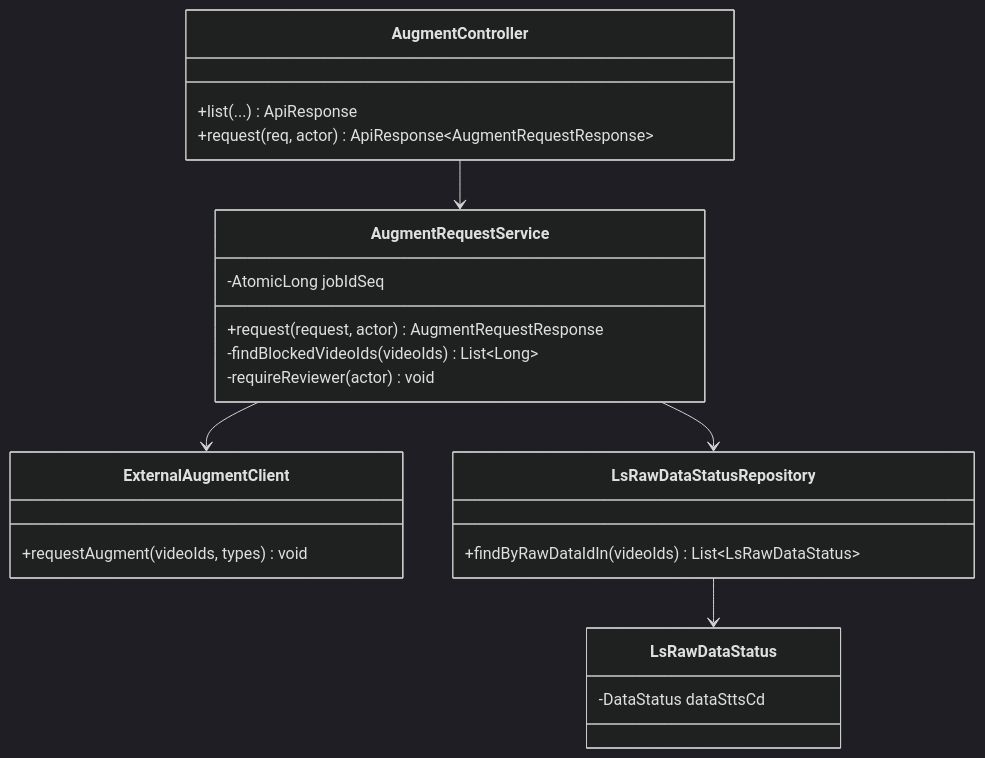
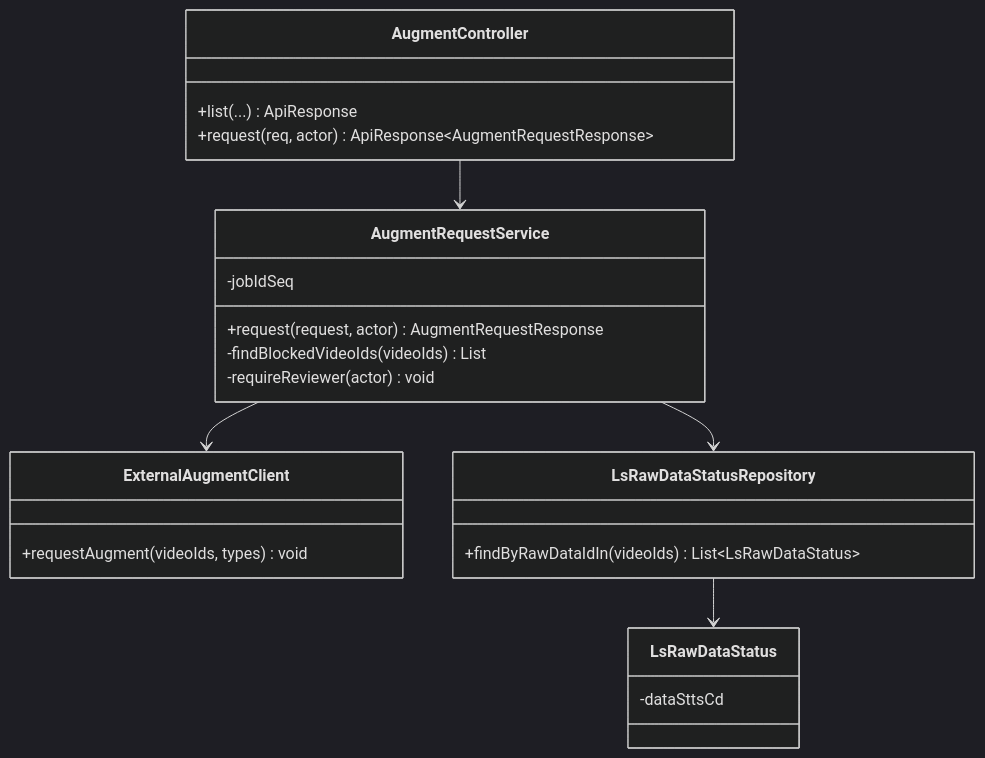
Before and after one commit to New-stella/klid-label: diagram 14 of 26 in docs/design/D1-클래스설계서.md, drawn with Mermaid (dark theme). The commit also changed other lines of this file and 32 other files, not shown here.

````diff
--- a/docs/design/D1-클래스설계서.md
+++ b/docs/design/D1-클래스설계서.md
@@ -751,26 +726,26 @@
 ```mermaid
 classDiagram
     class AugmentController {
         +list(...) ApiResponse
         +request(req, actor) ApiResponse~AugmentRequestResponse~
     }
     class AugmentRequestService {
-        -AtomicLong jobIdSeq
+        -jobIdSeq
         +request(request, actor) AugmentRequestResponse
-        -findBlockedVideoIds(videoIds) List~Long~
+        -findBlockedVideoIds(videoIds) List
         -requireReviewer(actor) void
     }
     class ExternalAugmentClient {
         +requestAugment(videoIds, types) void
     }
     class LsRawDataStatusRepository {
         +findByRawDataIdIn(videoIds) List~LsRawDataStatus~
     }
     class LsRawDataStatus {
-        -DataStatus dataSttsCd
+        -dataSttsCd
     }
     AugmentController --> AugmentRequestService
     AugmentRequestService --> LsRawDataStatusRepository
     AugmentRequestService --> ExternalAugmentClient
     LsRawDataStatusRepository --> LsRawDataStatus
 ```
````
